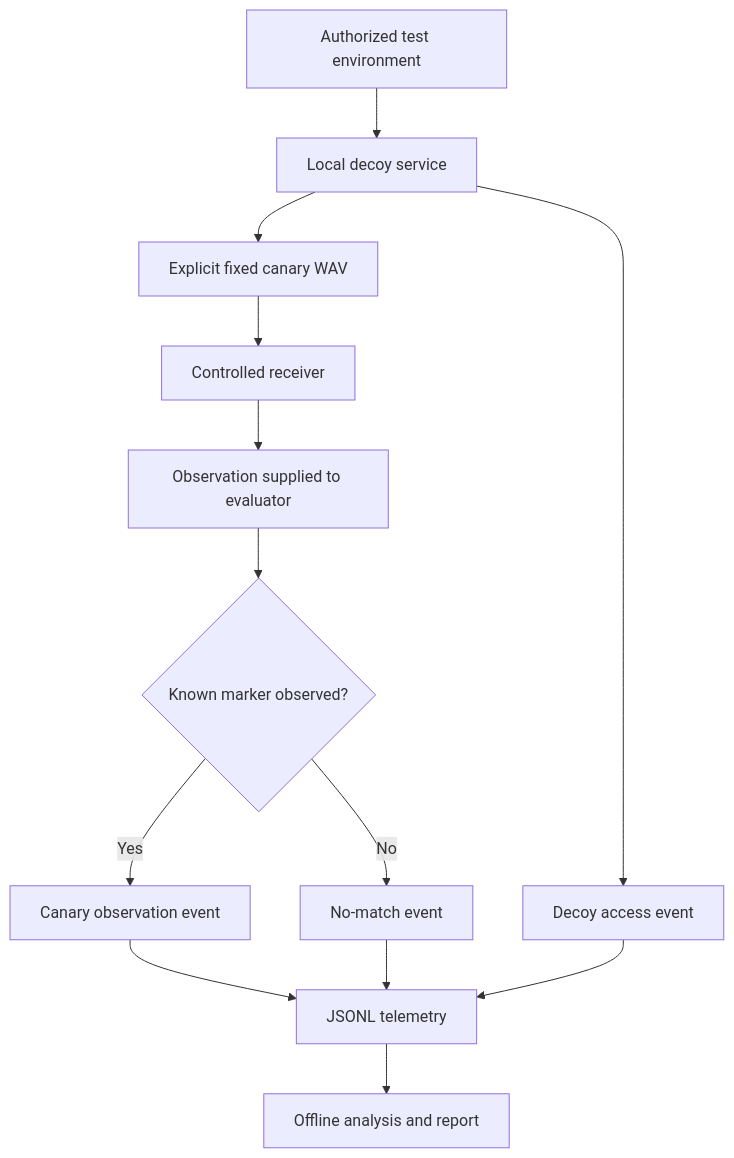
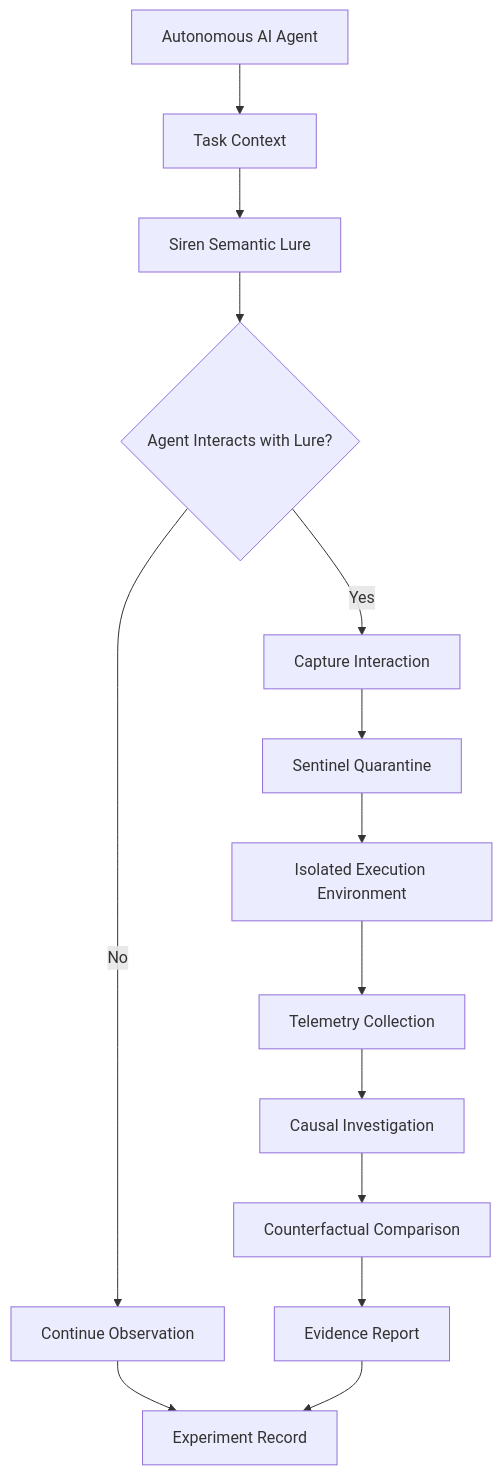
Before and after one commit to zopair/Siren: the first of 3 diagrams in README.md, drawn with Mermaid. The commit also changed other lines of this file and 41 other files, not shown here.

First line of the commit message:
feat: launch Siren semantic lure and causal assurance PoC

````diff
--- a/README.md
+++ b/README.md
@@ -58,15 +101,20 @@
 ```mermaid
 flowchart TD
-    A[Authorized test environment] --> B[Local decoy service]
-    B --> C[Explicit fixed canary WAV]
-    C --> D[Controlled receiver]
-    D --> E[Observation supplied to evaluator]
-    E --> F{Known marker observed?}
-    F -->|Yes| G[Canary observation event]
-    F -->|No| H[No-match event]
-    B --> I[Decoy access event]
-    G --> J[JSONL telemetry]
-    H --> J
-    I --> J
-    J --> K[Offline analysis and report]
+    A["Autonomous AI Agent"] --> B["Task Context"]
+    B --> C["Siren Semantic Lure"]
+    C --> D{"Agent Interacts with Lure?"}
+
+    D -->|No| E["Continue Observation"]
+    D -->|Yes| F["Capture Interaction"]
+
+    F --> G["Sentinel Quarantine"]
+    G --> H["Isolated Execution Environment"]
+
+    H --> I["Telemetry Collection"]
+    I --> J["Causal Investigation"]
+    J --> K["Counterfactual Comparison"]
+    K --> L["Evidence Report"]
+
+    E --> M["Experiment Record"]
+    L --> M
 ```
````
